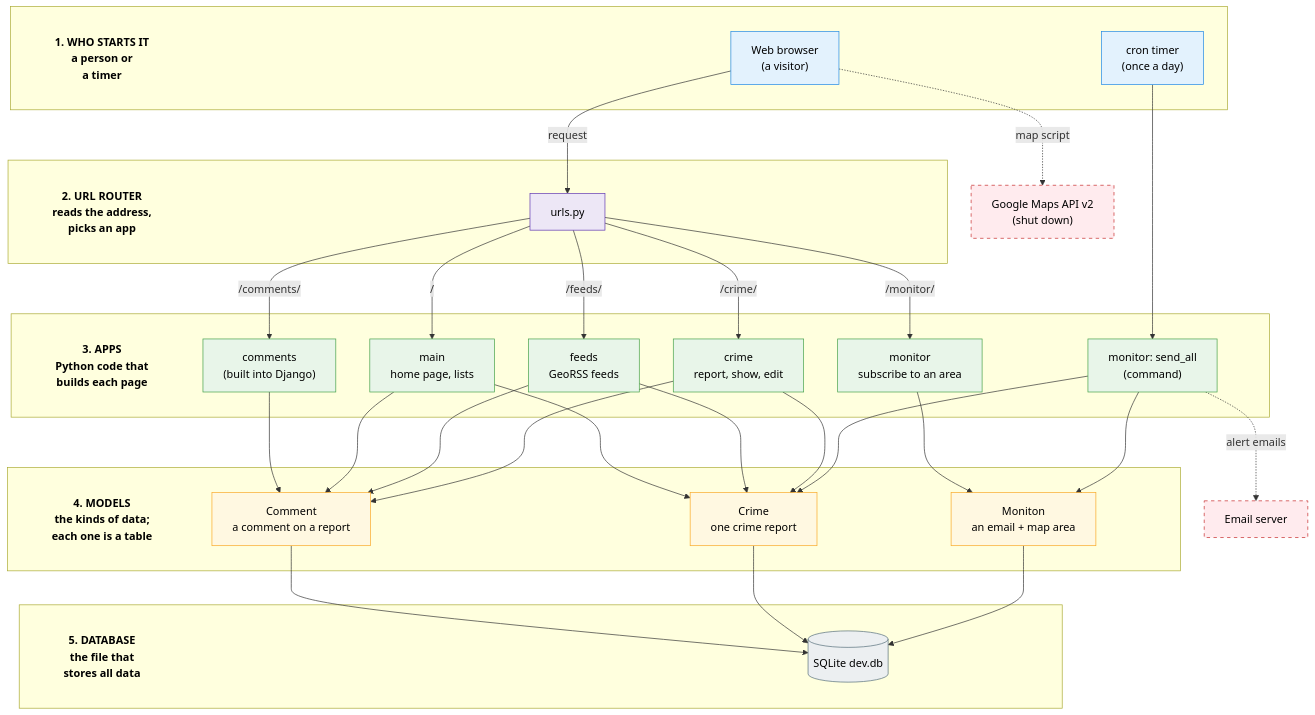
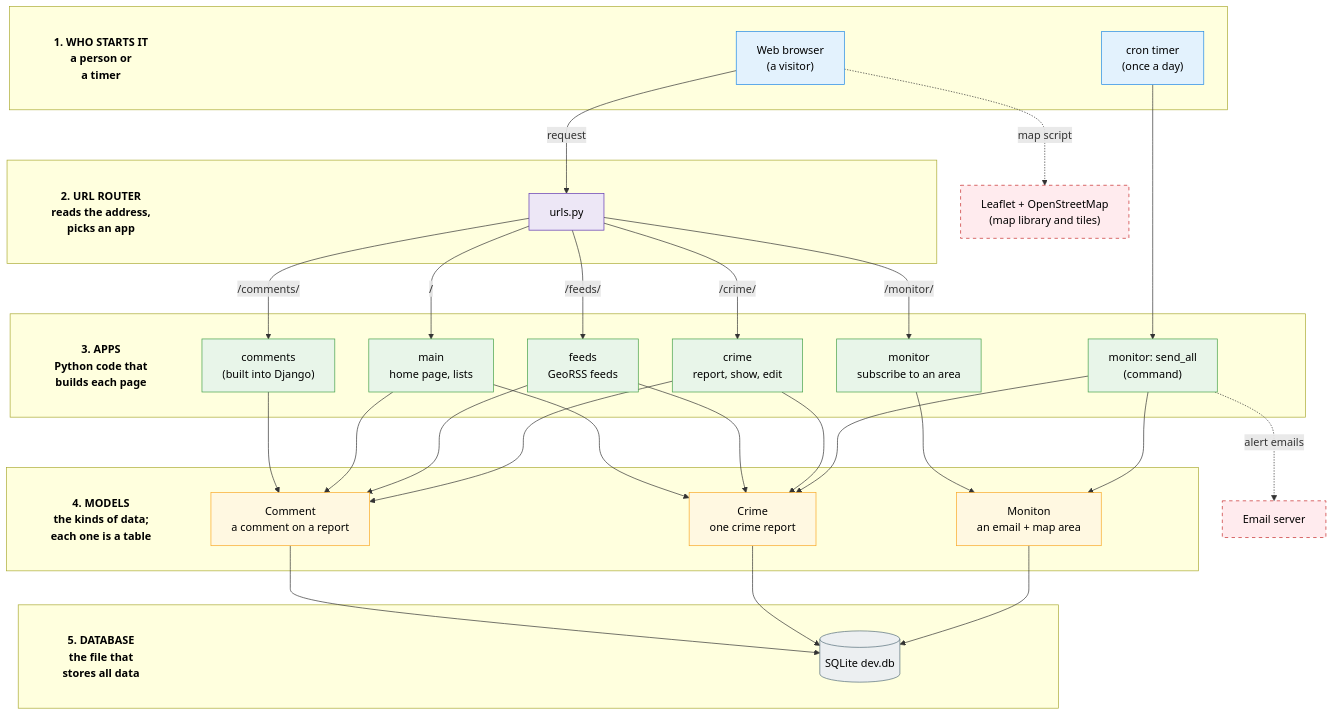
The diagram in docs/images/architecture.mmd (yy-y22/malaysiacrime), drawn with Mermaid before and after one commit. The commit also changed 6 other files, not shown here.

```diff
--- a/docs/images/architecture.mmd
+++ b/docs/images/architecture.mmd
@@ -1,81 +1,81 @@
 graph TD
     subgraph L1[" "]
         h1["1. WHO STARTS IT<br/>a person or<br/>a timer"]
         browser["Web browser<br/>(a visitor)"]
         cron["cron timer<br/>(once a day)"]
     end
 
-    gmaps["Google Maps API v2<br/>(shut down)"]
+    maps["Leaflet + OpenStreetMap<br/>(map library and tiles)"]
 
     subgraph L2[" "]
         h2["2. URL ROUTER<br/>reads the address,<br/>picks an app"]
         urls["urls.py"]
     end
 
     subgraph L3[" "]
         h3["3. APPS<br/>Python code that<br/>builds each page"]
         comments["comments<br/>(built into Django)"]
         main["main<br/>home page, lists"]
         feeds["feeds<br/>GeoRSS feeds"]
         crime["crime<br/>report, show, edit"]
         monitor["monitor<br/>subscribe to an area"]
         sendall["monitor: send_all<br/>(command)"]
     end
 
     subgraph L4[" "]
         h4["4. MODELS<br/>the kinds of data;<br/>each one is a table"]
         commentModel["Comment<br/>a comment on a report"]
         crimeModel["Crime<br/>one crime report"]
         monitonModel["Moniton<br/>an email + map area"]
     end
 
     email["Email server"]
 
     subgraph L5[" "]
         h5["5. DATABASE<br/>the file that<br/>stores all data"]
         db[("SQLite dev.db")]
     end
 
     h1 ~~~ h2 ~~~ h3 ~~~ h4 ~~~ h5
 
-    browser -.->|map script| gmaps
+    browser -.->|map script| maps
     browser -->|request| urls
     cron --> sendall
 
     urls -->|"/comments/"| comments
     urls -->|"/"| main
     urls -->|"/feeds/"| feeds
     urls -->|"/crime/"| crime
     urls -->|"/monitor/"| monitor
 
     comments --> commentModel
     main --> commentModel
     feeds --> commentModel
     crime --> commentModel
     main --> crimeModel
     feeds --> crimeModel
     crime --> crimeModel
     sendall --> crimeModel
     monitor --> monitonModel
     sendall --> monitonModel
     sendall -.->|alert emails| email
 
     commentModel --> db
     crimeModel --> db
     monitonModel --> db
 
     classDef head fill:none,stroke:none,color:#000,font-weight:bold
     classDef user fill:#e3f2fd,stroke:#1e88e5,color:#000
     classDef route fill:#ede7f6,stroke:#5e35b1,color:#000
     classDef app fill:#e8f5e9,stroke:#43a047,color:#000
     classDef model fill:#fff8e1,stroke:#f9a825,color:#000
     classDef store fill:#eceff1,stroke:#546e7a,color:#000
     classDef ext fill:#ffebee,stroke:#c62828,color:#000,stroke-dasharray:5 5
 
     class h1,h2,h3,h4,h5 head
     class browser,cron user
     class urls route
     class crime,main,feeds,comments,monitor,sendall app
     class crimeModel,commentModel,monitonModel model
     class db store
-    class gmaps,email ext
+    class maps,email ext
```
